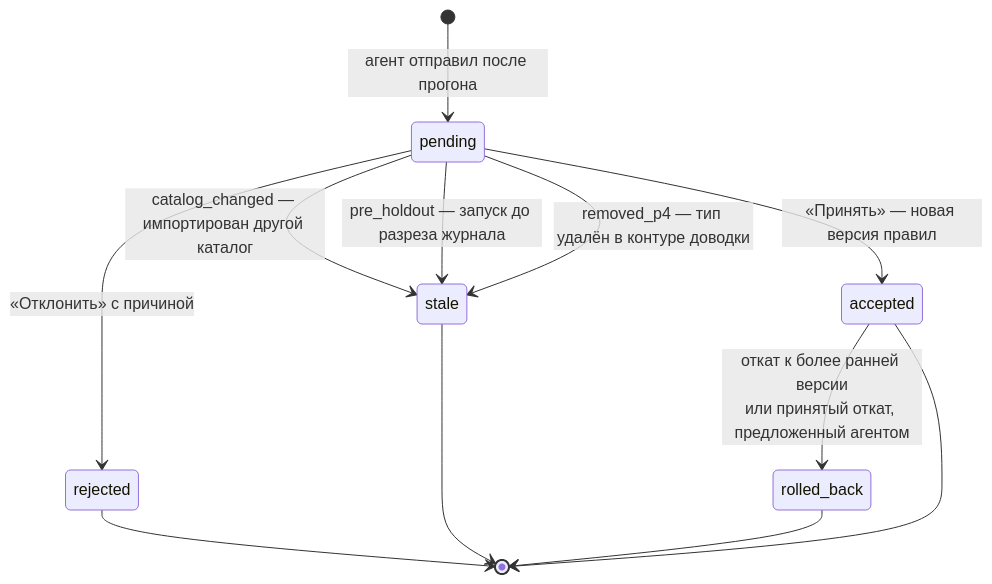
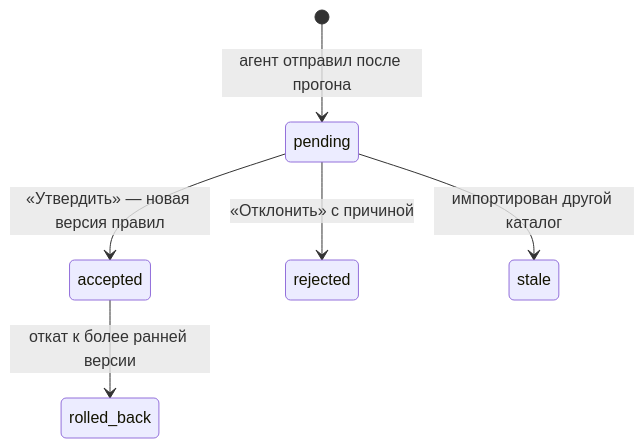
One commit to olegator-rus/rokotovka-plexet-kuznitsa changed the third of 3 diagrams in docs/ARCHITECTURE.md. Above: the diagram before and after it, drawn with Mermaid. The commit also changed other lines of this file and 18 other files, not shown here.

Commit message:
README со схемами Mermaid; документы приведены к каталогу заказчика; развёртывание из репозитория: скрипт deploy/bootstrap.sh и docs/DEPLOY.md

````diff
--- a/docs/ARCHITECTURE.md
+++ b/docs/ARCHITECTURE.md
@@ -381,14 +361,8 @@
 ```mermaid
 stateDiagram-v2
     [*] --> pending: агент отправил после прогона
-    pending --> accepted: «Принять» — новая версия правил
+    pending --> accepted: «Утвердить» — новая версия правил
     pending --> rejected: «Отклонить» с причиной
-    pending --> stale: catalog_changed — импортирован другой каталог
-    pending --> stale: pre_holdout — запуск до разреза журнала
-    pending --> stale: removed_p4 — тип удалён в контуре доводки
-    accepted --> rolled_back: откат к более ранней версии<br/>или принятый откат, предложенный агентом
-    rejected --> [*]
-    stale --> [*]
-    rolled_back --> [*]
-    accepted --> [*]
+    pending --> stale: импортирован другой каталог
+    accepted --> rolled_back: откат к более ранней версии
 ```
````
